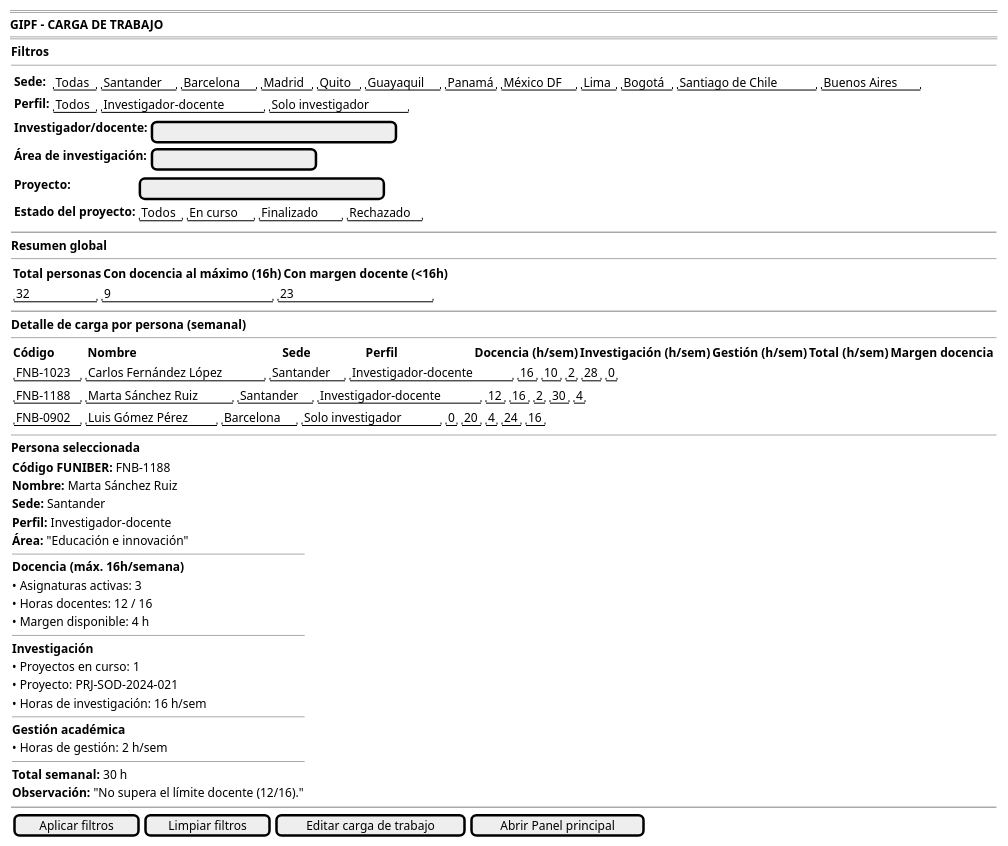
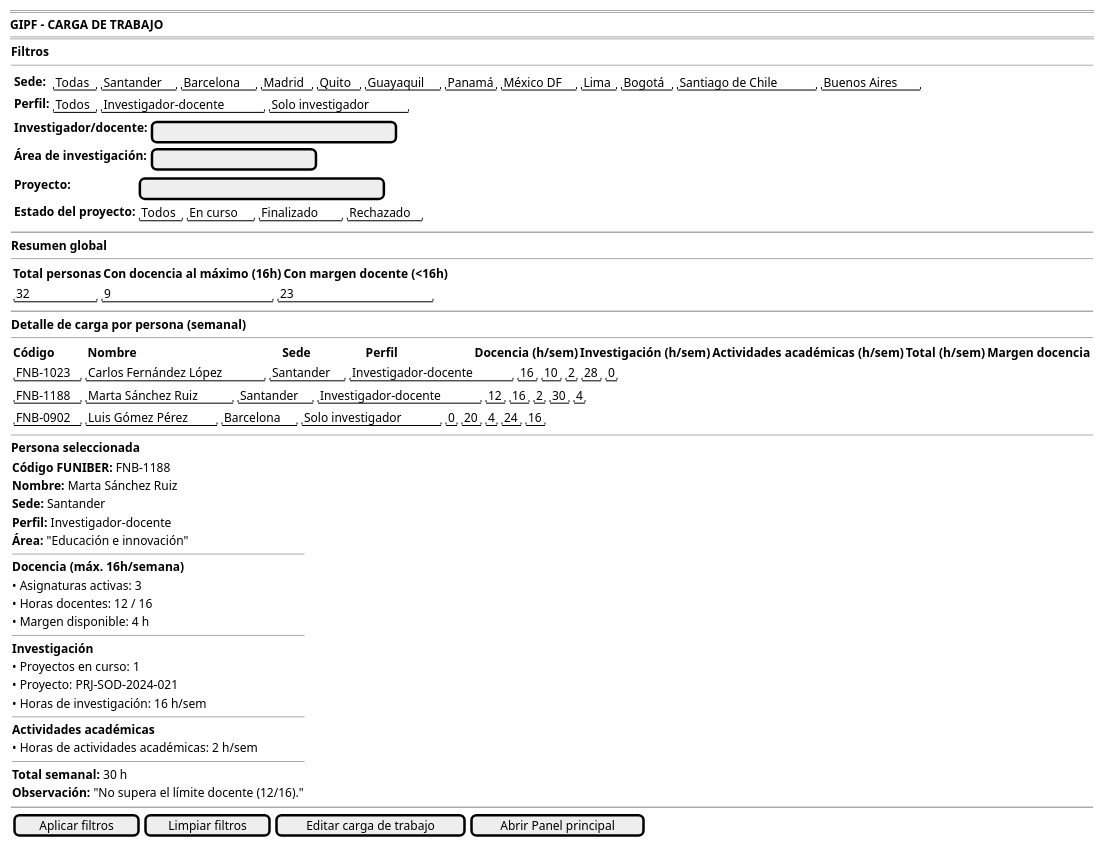
Before and after one commit to 31Diego/25-26-IdSw1-SdR: the diagram in documents/casosDeUso/detalle/coordinador/06-carga-trabajo/abrirOpcionesCargaTrabajo/prototipo/prototipo.puml, drawn with PlantUML. The commit also changed 38 other files, not shown here.

```diff
--- a/documents/casosDeUso/detalle/coordinador/06-carga-trabajo/abrirOpcionesCargaTrabajo/prototipo/prototipo.puml
+++ b/documents/casosDeUso/detalle/coordinador/06-carga-trabajo/abrirOpcionesCargaTrabajo/prototipo/prototipo.puml
@@ -1,79 +1,79 @@
 @startsalt abrirOpcionesCargaTrabajo-wireframe
 {
     ====
     <b>GIPF - CARGA DE TRABAJO</b>
     ====
 
     {
         <b>Filtros</b>
         --
         {
             {
             {<b>Sede:</b> | { "Todas" | "Santander" | "Barcelona" | "Madrid" | "Quito" | "Guayaquil" | "Panamá" | "México DF" | "Lima" | "Bogotá" | "Santiago de Chile" | "Buenos Aires"  }
             <b>Perfil:</b> | { "Todos" | "Investigador-docente" | "Solo investigador" }}
 
             {<b>Investigador/docente:</b> | [                              ]
             <b>Área de investigación:</b> | [                    ]}
 
             {<b>Proyecto:</b> | [                              ]
             <b>Estado del proyecto:</b> | { "Todos" | "En curso" | "Finalizado" | "Rechazado" }}
             }
         }
 
         ~~
 
         <b>Resumen global</b>
         --
         {
             {<b>Total personas</b> | <b>Con docencia al máximo (16h)</b> | <b>Con margen docente (<16h)</b>}
             {"32        " | "9                    " | "23                 "}
         }
 
         ~~
 
         <b>Detalle de carga por persona (semanal)</b>
         --
         {
-            {<b>Código          </b> | <b>Nombre                                              </b> | <b>Sede                 </b> | <b>Perfil                        </b> | <b>Docencia (h/sem)</b> | <b>Investigación (h/sem)</b> | <b>Gestión (h/sem)</b> | <b>Total (h/sem)</b> | <b>Margen docencia</b>}
+            {<b>Código          </b> | <b>Nombre                                              </b> | <b>Sede                 </b> | <b>Perfil                        </b> | <b>Docencia (h/sem)</b> | <b>Investigación (h/sem)</b> | <b>Actividades académicas (h/sem)</b> | <b>Total (h/sem)</b> | <b>Margen docencia</b>}
             {"FNB-1023" | "Carlos Fernández López" | "Santander" | "Investigador-docente" | "16" | "10" | "2" | "28" | "0"}
             {"FNB-1188" | "Marta Sánchez Ruiz"     | "Santander" | "Investigador-docente" | "12" | "16"  | "2" | "30" | "4"}
             {"FNB-0902" | "Luis Gómez Pérez"       | "Barcelona" | "Solo investigador"     | "0"  | "20" | "4" | "24" | "16"}
         }
 
         --
 
         <b>Persona seleccionada</b>
         {
             <b>Código FUNIBER:</b> FNB-1188
             <b>Nombre:</b> Marta Sánchez Ruiz
             <b>Sede:</b> Santander
             <b>Perfil:</b> Investigador-docente
             <b>Área:</b> "Educación e innovación"
 
             --
             <b>Docencia (máx. 16h/semana)</b>
             • Asignaturas activas: 3
             • Horas docentes: 12 / 16
             • Margen disponible: 4 h
 
             --
             <b>Investigación</b>
             • Proyectos en curso: 1
             • Proyecto: PRJ-SOD-2024-021
             • Horas de investigación: 16 h/sem
 
             --
-            <b>Gestión académica</b>
-            • Horas de gestión: 2 h/sem
+            <b>Actividades académicas</b>
+            • Horas de actividades académicas: 2 h/sem
 
             --
             <b>Total semanal:</b> 30 h
             <b>Observación:</b> "No supera el límite docente (12/16)."
         }
 
         ~~
 
         {[Aplicar filtros] | [Limpiar filtros] | [Editar carga de trabajo] | [Abrir Panel principal]}
     }
 }
 @endsalt
```
